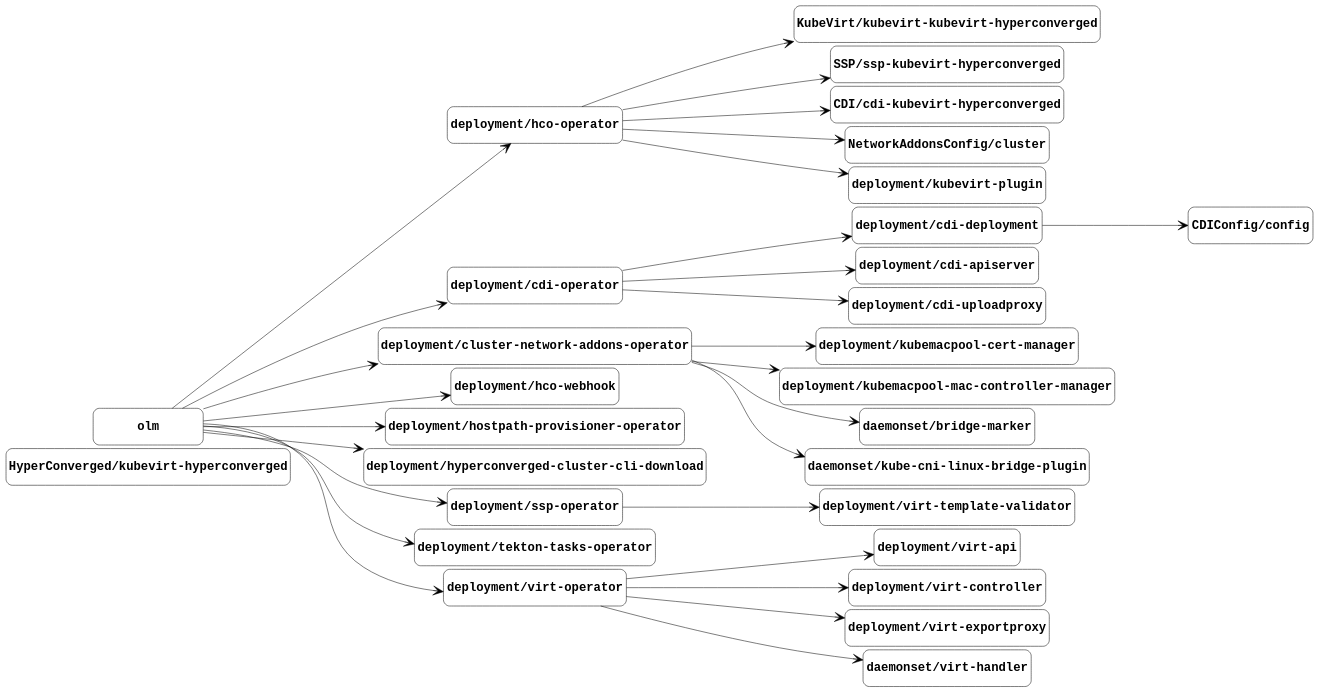
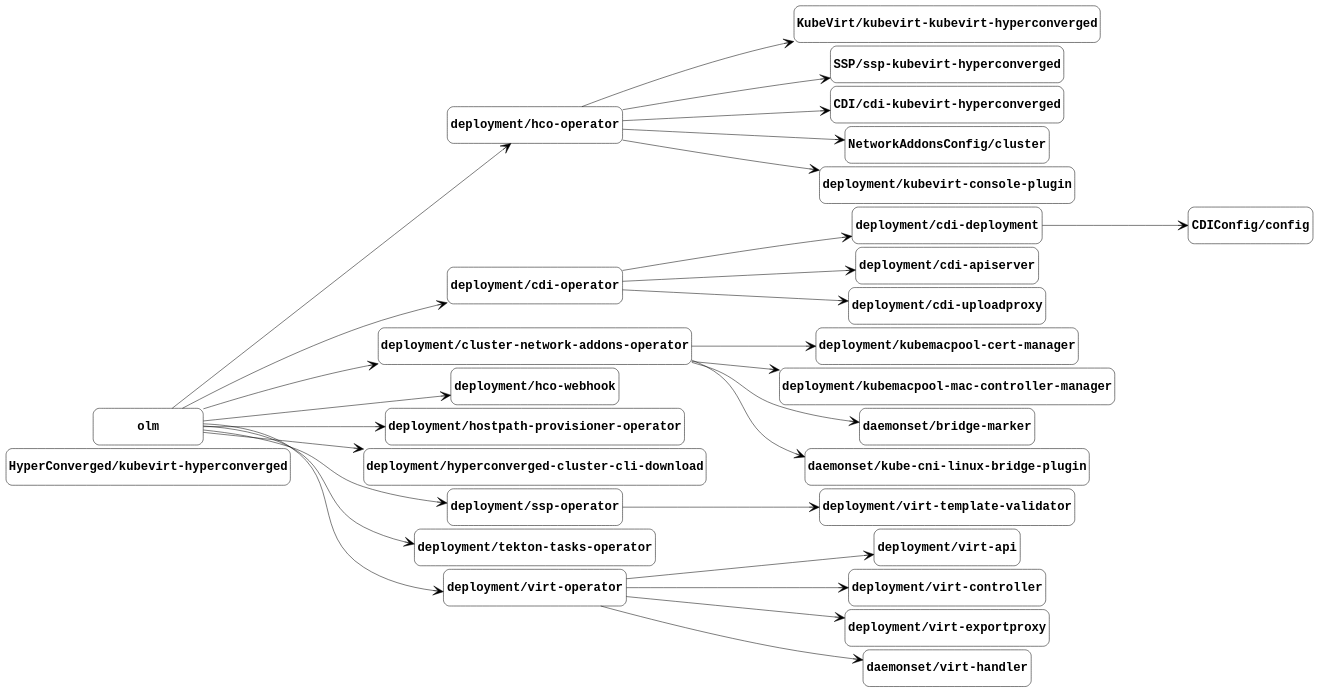
One commit to kubevirt/kubevirt changed the diagram in docs/managed-by.gv. Above: the diagram before and after it, drawn with Graphviz. The commit also changed 3 other files, not shown here.

Commit message:
Update component graphs from the nightly job (#2242)

```diff
--- a/docs/managed-by.gv
+++ b/docs/managed-by.gv
@@ -1,87 +1,87 @@
 digraph "managed-by" {
 	graph [center=true margin=0.2 nodesep=0.1 rankdir=LR ranksep=2]
 	node [fontname="Courier-Bold" fontsize=24 height=1 shape=box style=rounded width=3]
 	edge [arrowhead=vee arrowsize=2]
 	"HyperConverged/kubevirt-hyperconverged" [label="HyperConverged/kubevirt-hyperconverged"]
 	"KubeVirt/kubevirt-kubevirt-hyperconverged" [label="KubeVirt/kubevirt-kubevirt-hyperconverged"]
 	"deployment/hco-operator" [label="deployment/hco-operator"]
 	"deployment/hco-operator" -> "KubeVirt/kubevirt-kubevirt-hyperconverged"
 	"SSP/ssp-kubevirt-hyperconverged" [label="SSP/ssp-kubevirt-hyperconverged"]
 	"deployment/hco-operator" [label="deployment/hco-operator"]
 	"deployment/hco-operator" -> "SSP/ssp-kubevirt-hyperconverged"
 	"CDI/cdi-kubevirt-hyperconverged" [label="CDI/cdi-kubevirt-hyperconverged"]
 	"deployment/hco-operator" [label="deployment/hco-operator"]
 	"deployment/hco-operator" -> "CDI/cdi-kubevirt-hyperconverged"
 	"CDIConfig/config" [label="CDIConfig/config"]
 	"deployment/cdi-deployment" [label="deployment/cdi-deployment"]
 	"deployment/cdi-deployment" -> "CDIConfig/config"
 	"NetworkAddonsConfig/cluster" [label="NetworkAddonsConfig/cluster"]
 	"deployment/hco-operator" [label="deployment/hco-operator"]
 	"deployment/hco-operator" -> "NetworkAddonsConfig/cluster"
 	"deployment/cdi-apiserver" [label="deployment/cdi-apiserver"]
 	"deployment/cdi-operator" [label="deployment/cdi-operator"]
 	"deployment/cdi-operator" -> "deployment/cdi-apiserver"
 	"deployment/cdi-deployment" [label="deployment/cdi-deployment"]
 	"deployment/cdi-operator" [label="deployment/cdi-operator"]
 	"deployment/cdi-operator" -> "deployment/cdi-deployment"
 	"deployment/cdi-operator" [label="deployment/cdi-operator"]
 	olm [label=olm]
 	olm -> "deployment/cdi-operator"
 	"deployment/cdi-uploadproxy" [label="deployment/cdi-uploadproxy"]
 	"deployment/cdi-operator" [label="deployment/cdi-operator"]
 	"deployment/cdi-operator" -> "deployment/cdi-uploadproxy"
 	"deployment/cluster-network-addons-operator" [label="deployment/cluster-network-addons-operator"]
 	olm [label=olm]
 	olm -> "deployment/cluster-network-addons-operator"
 	"deployment/hco-operator" [label="deployment/hco-operator"]
 	olm [label=olm]
 	olm -> "deployment/hco-operator"
 	"deployment/hco-webhook" [label="deployment/hco-webhook"]
 	olm [label=olm]
 	olm -> "deployment/hco-webhook"
 	"deployment/hostpath-provisioner-operator" [label="deployment/hostpath-provisioner-operator"]
 	olm [label=olm]
 	olm -> "deployment/hostpath-provisioner-operator"
 	"deployment/hyperconverged-cluster-cli-download" [label="deployment/hyperconverged-cluster-cli-download"]
 	olm [label=olm]
 	olm -> "deployment/hyperconverged-cluster-cli-download"
 	"deployment/kubemacpool-cert-manager" [label="deployment/kubemacpool-cert-manager"]
 	"deployment/cluster-network-addons-operator" [label="deployment/cluster-network-addons-operator"]
 	"deployment/cluster-network-addons-operator" -> "deployment/kubemacpool-cert-manager"
 	"deployment/kubemacpool-mac-controller-manager" [label="deployment/kubemacpool-mac-controller-manager"]
 	"deployment/cluster-network-addons-operator" [label="deployment/cluster-network-addons-operator"]
 	"deployment/cluster-network-addons-operator" -> "deployment/kubemacpool-mac-controller-manager"
-	"deployment/kubevirt-plugin" [label="deployment/kubevirt-plugin"]
+	"deployment/kubevirt-console-plugin" [label="deployment/kubevirt-console-plugin"]
 	"deployment/hco-operator" [label="deployment/hco-operator"]
-	"deployment/hco-operator" -> "deployment/kubevirt-plugin"
+	"deployment/hco-operator" -> "deployment/kubevirt-console-plugin"
 	"deployment/ssp-operator" [label="deployment/ssp-operator"]
 	olm [label=olm]
 	olm -> "deployment/ssp-operator"
 	"deployment/tekton-tasks-operator" [label="deployment/tekton-tasks-operator"]
 	olm [label=olm]
 	olm -> "deployment/tekton-tasks-operator"
 	"deployment/virt-api" [label="deployment/virt-api"]
 	"deployment/virt-operator" [label="deployment/virt-operator"]
 	"deployment/virt-operator" -> "deployment/virt-api"
 	"deployment/virt-controller" [label="deployment/virt-controller"]
 	"deployment/virt-operator" [label="deployment/virt-operator"]
 	"deployment/virt-operator" -> "deployment/virt-controller"
 	"deployment/virt-exportproxy" [label="deployment/virt-exportproxy"]
 	"deployment/virt-operator" [label="deployment/virt-operator"]
 	"deployment/virt-operator" -> "deployment/virt-exportproxy"
 	"deployment/virt-operator" [label="deployment/virt-operator"]
 	olm [label=olm]
 	olm -> "deployment/virt-operator"
 	"deployment/virt-template-validator" [label="deployment/virt-template-validator"]
 	"deployment/ssp-operator" [label="deployment/ssp-operator"]
 	"deployment/ssp-operator" -> "deployment/virt-template-validator"
 	"daemonset/bridge-marker" [label="daemonset/bridge-marker"]
 	"deployment/cluster-network-addons-operator" [label="deployment/cluster-network-addons-operator"]
 	"deployment/cluster-network-addons-operator" -> "daemonset/bridge-marker"
 	"daemonset/kube-cni-linux-bridge-plugin" [label="daemonset/kube-cni-linux-bridge-plugin"]
 	"deployment/cluster-network-addons-operator" [label="deployment/cluster-network-addons-operator"]
 	"deployment/cluster-network-addons-operator" -> "daemonset/kube-cni-linux-bridge-plugin"
 	"daemonset/virt-handler" [label="daemonset/virt-handler"]
 	"deployment/virt-operator" [label="deployment/virt-operator"]
 	"deployment/virt-operator" -> "daemonset/virt-handler"
 }
```
